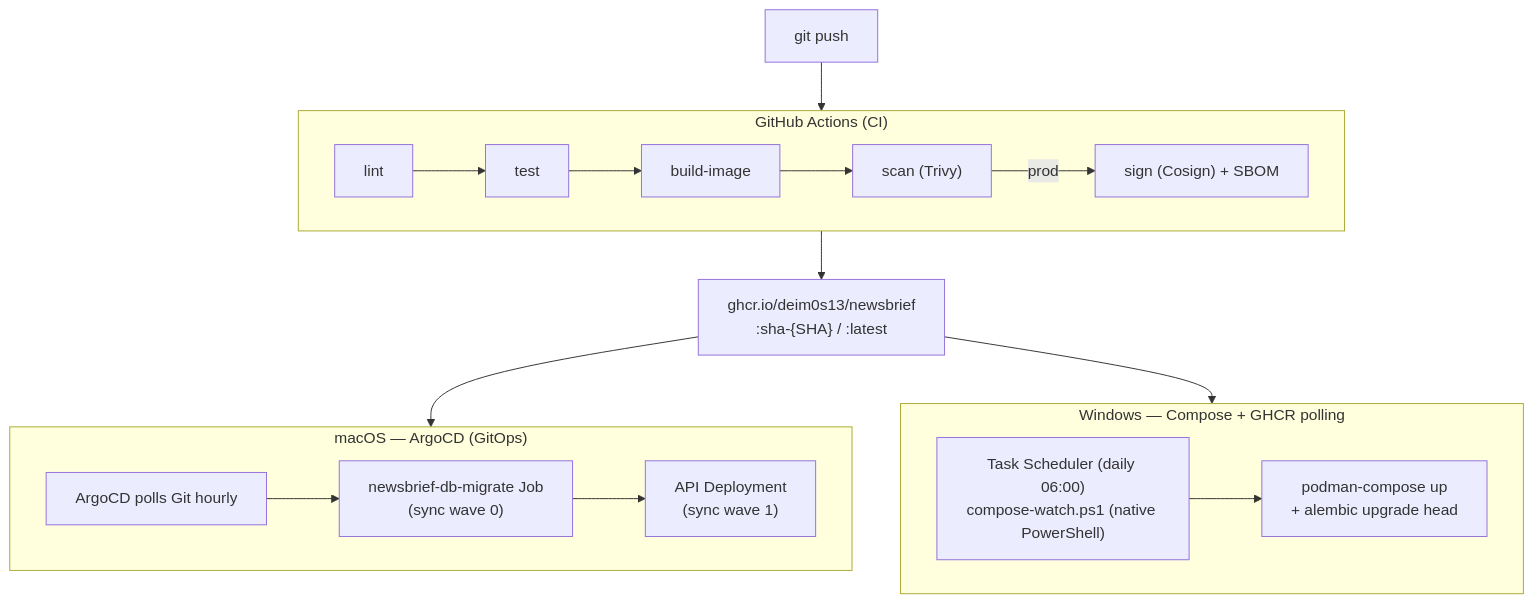
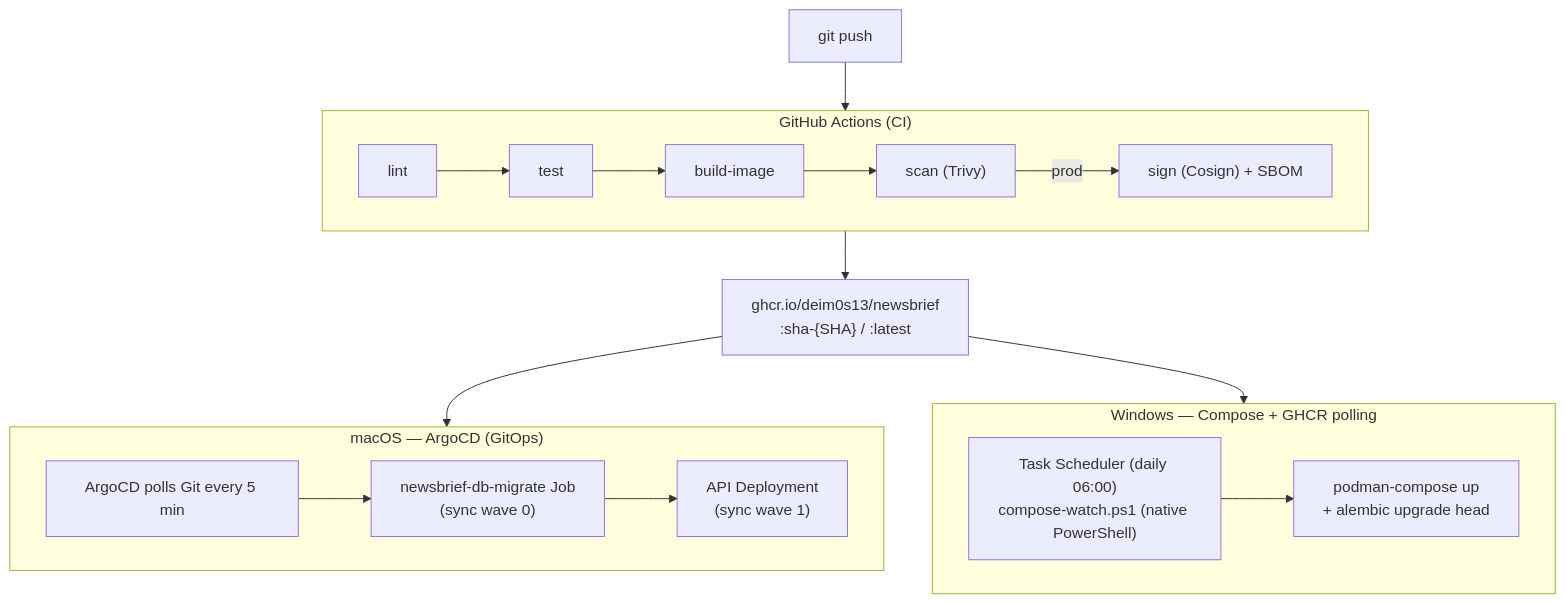
One commit to Deim0s13/newsbrief changed the eighth of 11 diagrams in docs/ARCHITECTURE.md. Above: the diagram before and after it, drawn with Mermaid. The commit also changed other lines of this file and 21 other files, not shown here.

````diff
--- a/docs/ARCHITECTURE.md
+++ b/docs/ARCHITECTURE.md
@@ -764,28 +842,28 @@
 ```mermaid
 flowchart TB
     subgraph GH["GitHub Actions (CI)"]
         direction LR
         Lint["lint"] --> Test["test"] --> Build["build-image"] --> Scan["scan (Trivy)"]
         Scan -->|prod| Sign["sign (Cosign) + SBOM"]
     end
 
     GHCR["ghcr.io/deim0s13/newsbrief\n:sha-{SHA} / :latest"]
 
     subgraph macOS["macOS — ArgoCD (GitOps)"]
-        Argo["ArgoCD polls Git hourly"]
+        Argo["ArgoCD polls Git every 5 min"]
         MigrateJob["newsbrief-db-migrate Job\n(sync wave 0)"]
         KubeApp["API Deployment\n(sync wave 1)"]
         Argo --> MigrateJob --> KubeApp
     end
 
     subgraph Windows["Windows — Compose + GHCR polling"]
         Task["Task Scheduler (daily 06:00)\ncompose-watch.ps1 (native PowerShell)"]
         ComposeUp["podman-compose up\n+ alembic upgrade head"]
         Task --> ComposeUp
     end
 
     Push["git push"] --> GH
     GH --> GHCR
     GHCR --> macOS
     GHCR --> Windows
 ```
````
